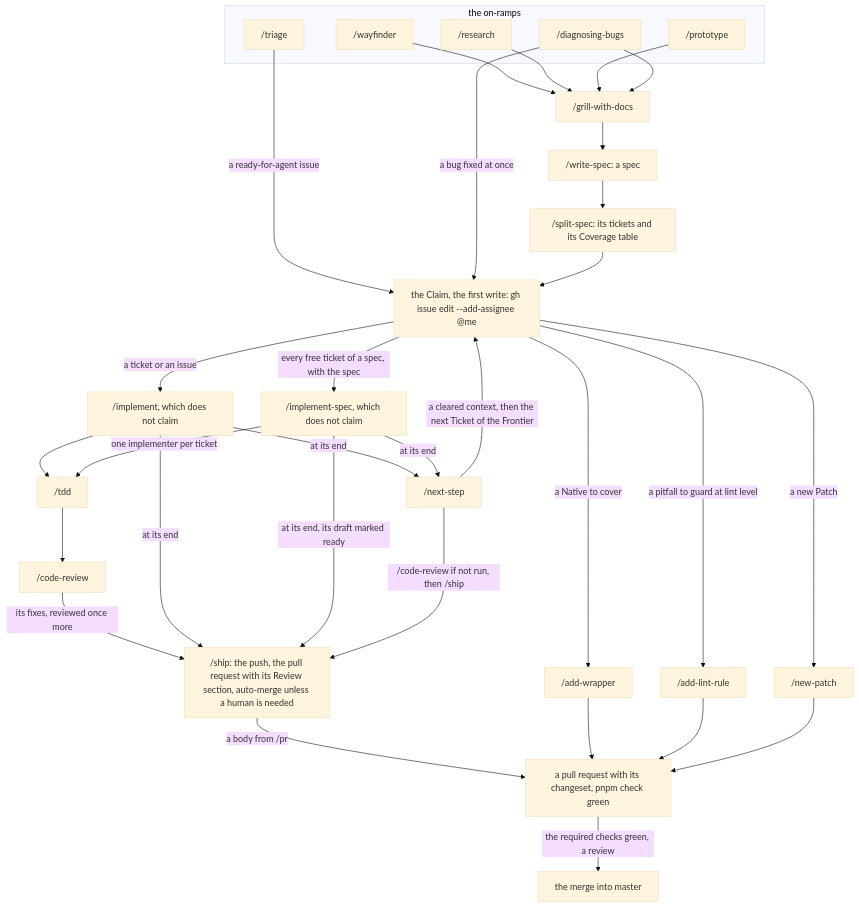
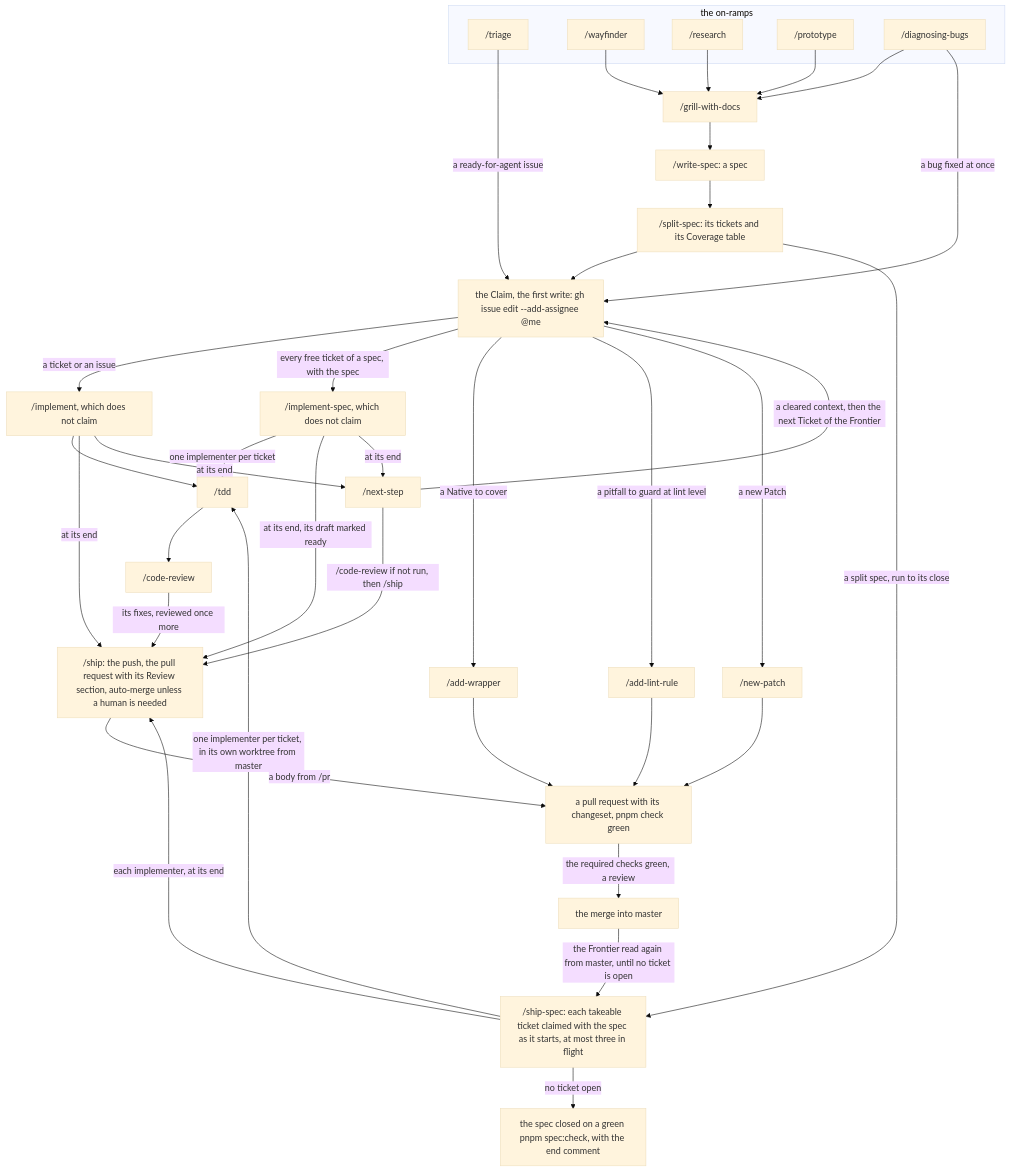
One commit to phmilk/reforged-ts changed the diagram in docs/agents/development-loop.md. Above: the diagram before and after it, drawn with Mermaid (base theme). The commit also changed other lines of this file and 8 other files, not shown here.

First line of the commit message:
feat(skills): ship-spec runs a split Spec of the library from its Frontier to its close (#811)

````diff
--- a/docs/agents/development-loop.md
+++ b/docs/agents/development-loop.md
@@ -77,57 +77,64 @@
 ```mermaid
 flowchart TD
   %% diagram: development-loop
   %% covers: skills
   subgraph on_ramps["the on-ramps"]
     triage["/triage"]
     wayfinder["/wayfinder"]
     research["/research"]
     prototype["/prototype"]
     diagnosing_bugs["/diagnosing-bugs"]
   end
   grill_with_docs["/grill-with-docs"]
   write_spec["/write-spec: a spec"]
   split_spec["/split-spec: its tickets and its Coverage table"]
   claim["the Claim, the first write: gh issue edit --add-assignee @me"]
   implement["/implement, which does not claim"]
   implement_spec["/implement-spec, which does not claim"]
   tdd["/tdd"]
   code_review["/code-review"]
   next_step["/next-step"]
+  ship_spec["/ship-spec: each takeable ticket claimed with the spec as it starts, at most three in flight"]
+  spec_closed["the spec closed on a green pnpm spec:check, with the end comment"]
   ship["/ship: the push, the pull request with its Review section, auto-merge unless a human is needed"]
   add_wrapper["/add-wrapper"]
   add_lint_rule["/add-lint-rule"]
   new_patch["/new-patch"]
   pull_request["a pull request with its changeset, pnpm check green"]
   merge["the merge into master"]
 
   wayfinder --> grill_with_docs
   research --> grill_with_docs
   prototype --> grill_with_docs
   diagnosing_bugs --> grill_with_docs
   triage -->|"a ready-for-agent issue"| claim
   diagnosing_bugs -->|"a bug fixed at once"| claim
   grill_with_docs --> write_spec
   write_spec --> split_spec
   split_spec --> claim
+  split_spec -->|"a split spec, run to its close"| ship_spec
   claim -->|"a ticket or an issue"| implement
   claim -->|"every free ticket of a spec, with the spec"| implement_spec
   claim -->|"a Native to cover"| add_wrapper
   claim -->|"a pitfall to guard at lint level"| add_lint_rule
   claim -->|"a new Patch"| new_patch
   implement --> tdd
   implement_spec -->|"one implementer per ticket"| tdd
+  ship_spec -->|"one implementer per ticket, in its own worktree from master"| tdd
   tdd --> code_review
   code_review -->|"its fixes, reviewed once more"| ship
   implement -->|"at its end"| ship
   implement_spec -->|"at its end, its draft marked ready"| ship
+  ship_spec -->|"each implementer, at its end"| ship
   ship -->|"a body from /pr"| pull_request
   add_wrapper --> pull_request
   add_lint_rule --> pull_request
   new_patch --> pull_request
   pull_request -->|"the required checks green, a review"| merge
+  merge -->|"the Frontier read again from master, until no ticket is open"| ship_spec
+  ship_spec -->|"no ticket open"| spec_closed
   implement -->|"at its end"| next_step
   implement_spec -->|"at its end"| next_step
   next_step -->|"/code-review if not run, then /ship"| ship
   next_step -->|"a cleared context, then the next Ticket of the Frontier"| claim
 ```
````
